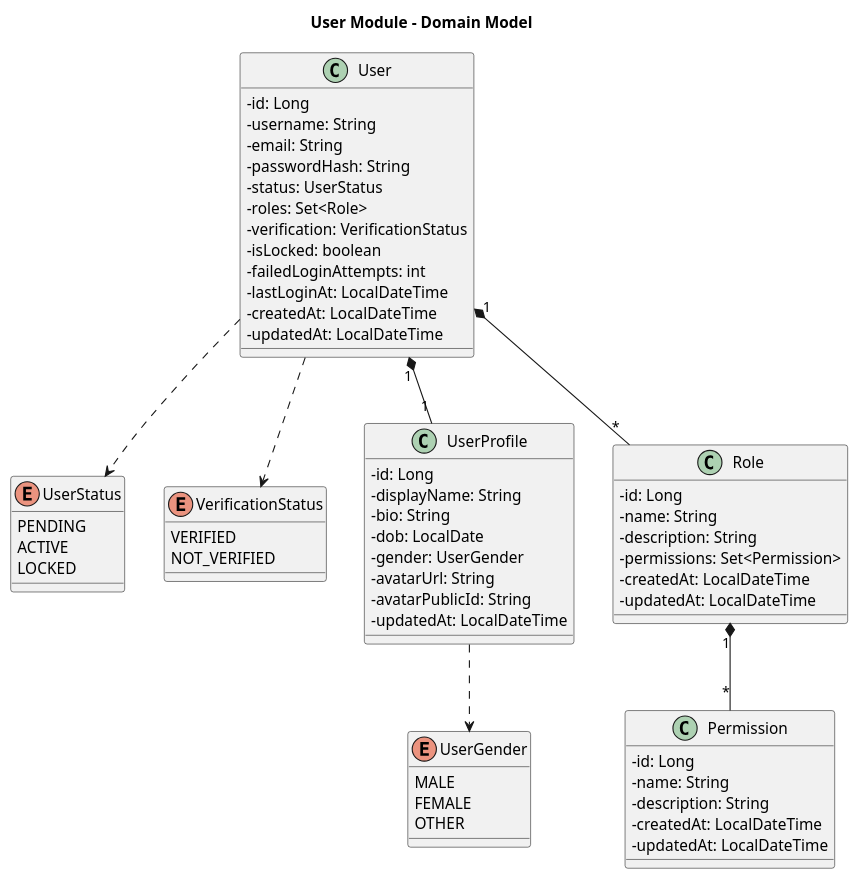
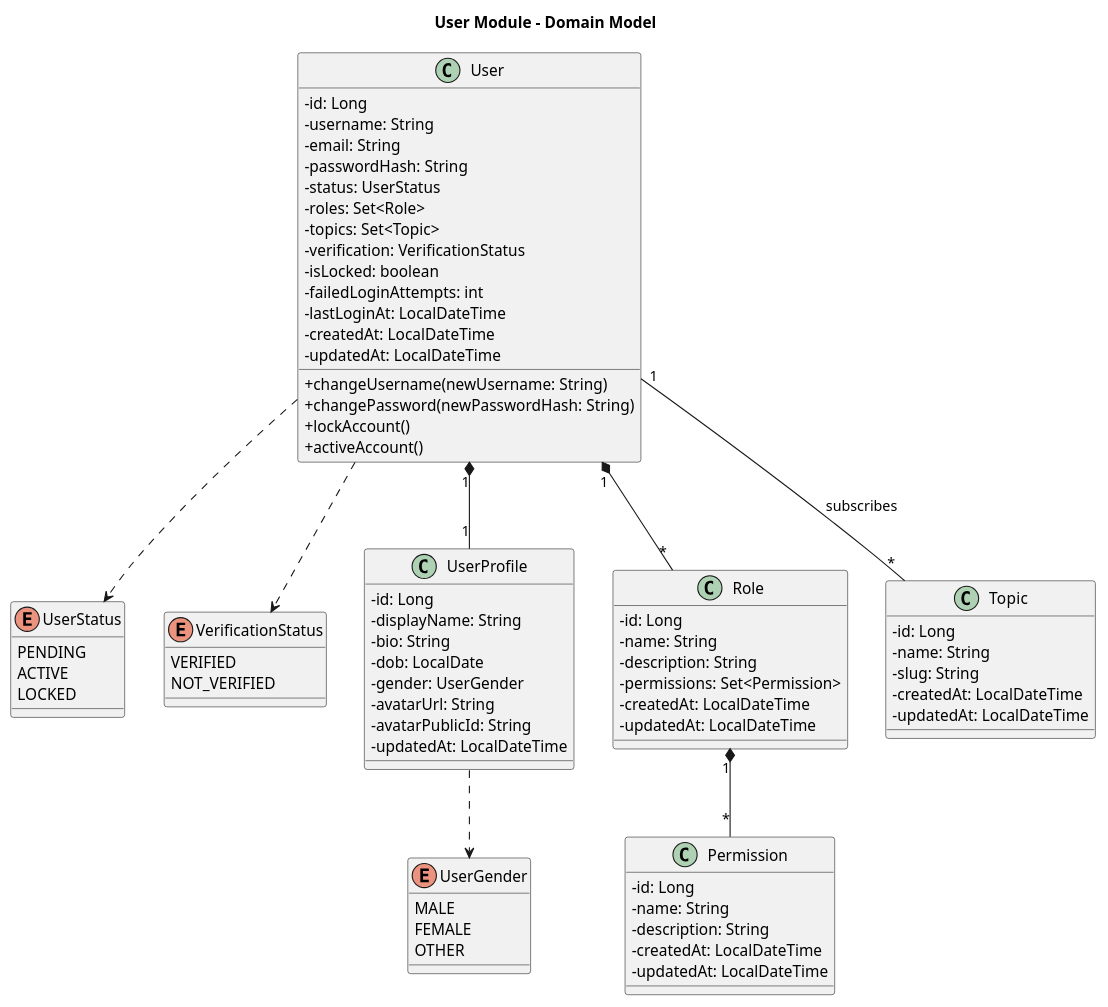
The diagram in docs/class_diagram/user_module.puml (DamPhuQuy/Social-Pulse), drawn with PlantUML before and after one commit. The commit also changed 4 other files, not shown here.

First line of the commit message:
docs: Update class diagrams with new domain models and relationships

```diff
--- a/docs/class_diagram/user_module.puml
+++ b/docs/class_diagram/user_module.puml
@@ -1,76 +1,90 @@
 @startuml User Module
 
 skinparam classAttributeIconSize 0
 skinparam packageStyle rectangle
 skinparam shadowing false
 
 title User Module - Domain Model
 
 enum UserStatus {
     PENDING
     ACTIVE
     LOCKED
 }
 
 enum VerificationStatus {
     VERIFIED
     NOT_VERIFIED
 }
 
 enum UserGender {
     MALE
     FEMALE
     OTHER
 }
 
 class User {
     - id: Long
     - username: String
     - email: String
     - passwordHash: String
     - status: UserStatus
     - roles: Set<Role>
+    - topics: Set<Topic>
     - verification: VerificationStatus
     - isLocked: boolean
     - failedLoginAttempts: int
     - lastLoginAt: LocalDateTime
     - createdAt: LocalDateTime
     - updatedAt: LocalDateTime
+    + changeUsername(newUsername: String)
+    + changePassword(newPasswordHash: String)
+    + lockAccount()
+    + activeAccount()
 }
 
 class UserProfile {
     - id: Long
     - displayName: String
     - bio: String
     - dob: LocalDate
     - gender: UserGender
     - avatarUrl: String
     - avatarPublicId: String
     - updatedAt: LocalDateTime
 }
 
 class Role {
     - id: Long
     - name: String
     - description: String
     - permissions: Set<Permission>
     - createdAt: LocalDateTime
     - updatedAt: LocalDateTime
 }
 
 class Permission {
     - id: Long
     - name: String
     - description: String
     - createdAt: LocalDateTime
     - updatedAt: LocalDateTime
 }
 
+class Topic {
+    - id: Long
+    - name: String
+    - slug: String
+    - createdAt: LocalDateTime
+    - updatedAt: LocalDateTime
+}
+
 User "1" *-- "1" UserProfile
 User "1" *-- "*" Role
+User "1" -- "*" Topic : subscribes
 Role "1" *-- "*" Permission
 User ..> UserStatus
 User ..> VerificationStatus
 UserProfile ..> UserGender
 
 @enduml
```
